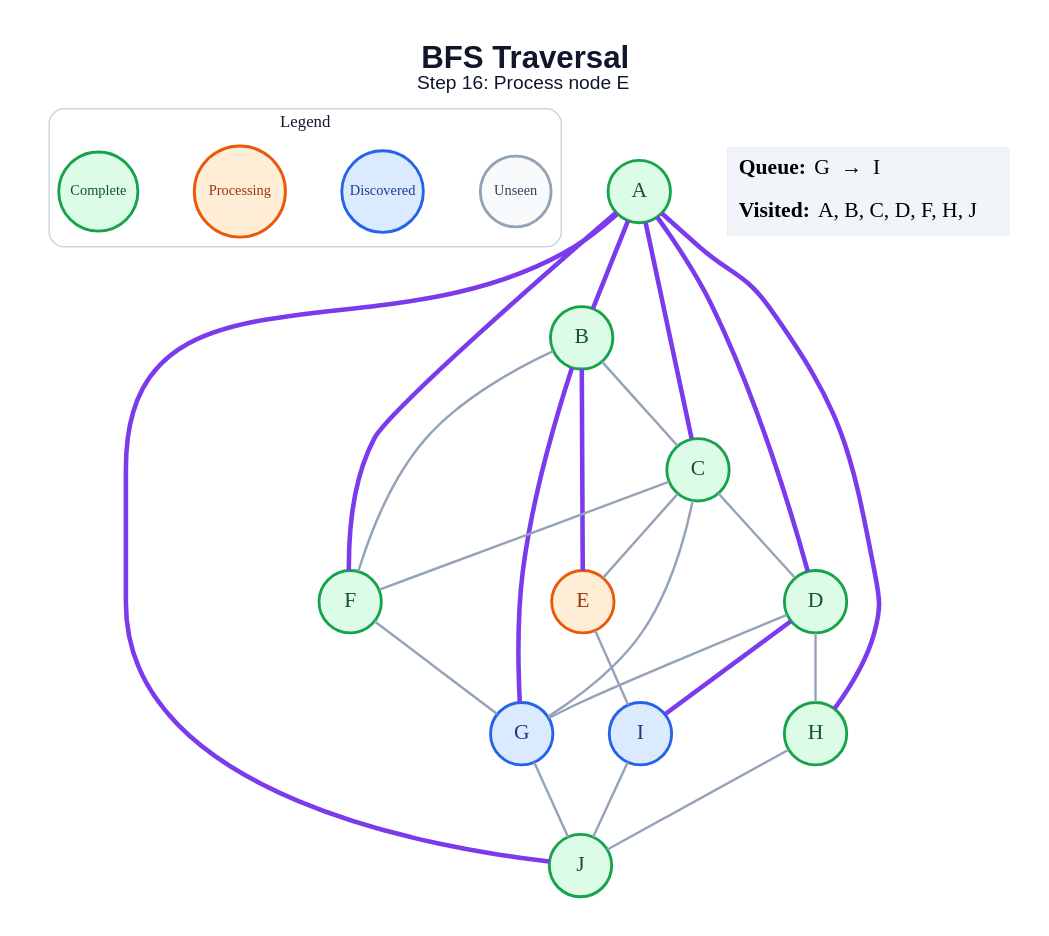
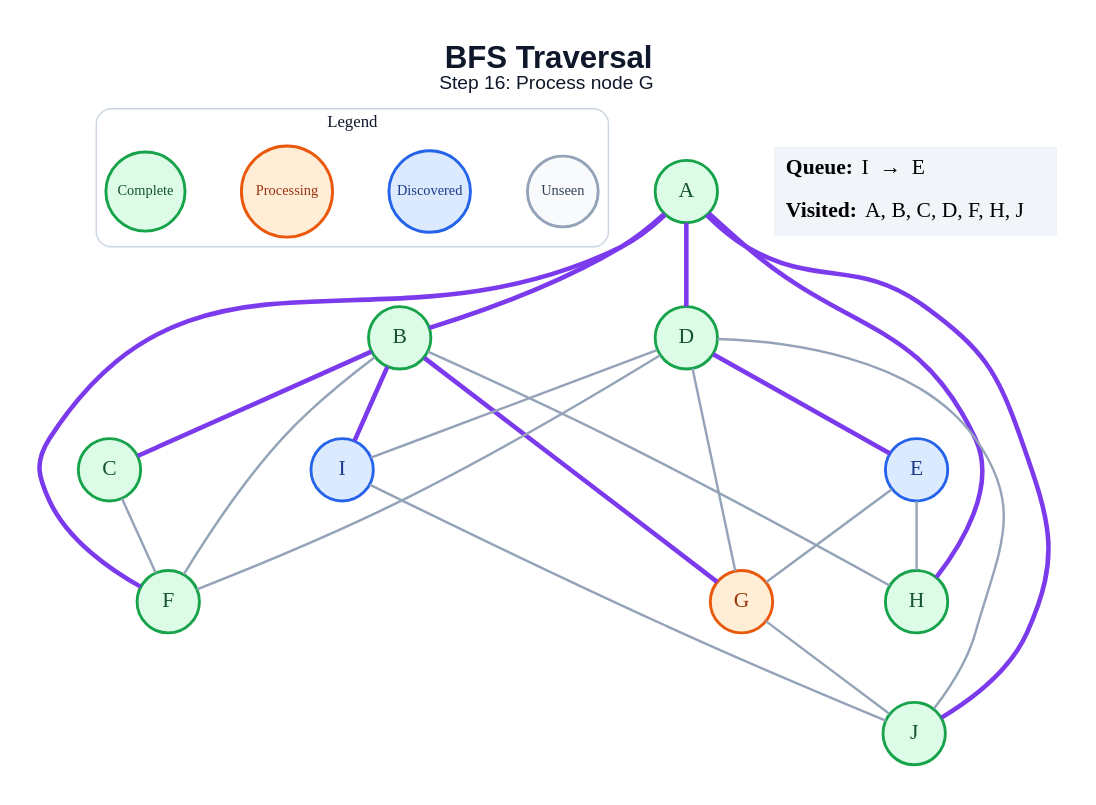
One commit to amanghodawala9/ai-slop changed the diagram in generated/bfs/step_16.dot. Above: the diagram before and after it, drawn with Graphviz. The commit also changed 178 other files, not shown here.

```diff
--- a/generated/bfs/step_16.dot
+++ b/generated/bfs/step_16.dot
@@ -1,51 +1,49 @@
 graph traversal {
   graph [layout=dot, rankdir=TB, bgcolor="#FFFFFF", pad="0.35", nodesep="0.65", ranksep="0.8", fontname="Arial"];
   node [shape=circle, style="filled", fontname="Arial Bold", fontsize=18, width=0.72, fixedsize=true, penwidth=2.4];
   edge [color="#94A3B8", penwidth=2.0];
-  label=<<B>BFS Traversal</B><BR/><FONT POINT-SIZE="16">Step 16: Process node E</FONT>>; labelloc="t"; fontsize=26; fontname="Arial"; fontcolor="#0F172A";
+  label=<<B>BFS Traversal</B><BR/><FONT POINT-SIZE="16">Step 16: Process node G</FONT>>; labelloc="t"; fontsize=26; fontname="Arial"; fontcolor="#0F172A";
   subgraph cluster_legend { label="Legend"; color="#CBD5E1"; penwidth=1.2; style="rounded"; fontsize=14; fontname="Arial Bold";
     key_unseen [label="Unseen", fillcolor="#F8FAFC", color="#94A3B8", fontcolor="#334155", fontsize=12, width=0.82];
     key_frontier [label="Discovered", fillcolor="#DBEAFE", color="#2563EB", fontcolor="#1E3A8A", fontsize=12, width=0.95];
     key_current [label="Processing", fillcolor="#FFEDD5", color="#EA580C", fontcolor="#9A3412", fontsize=12, width=1.05];
     key_done [label="Complete", fillcolor="#DCFCE7", color="#16A34A", fontcolor="#14532D", fontsize=12, width=0.92];
     { rank=same; key_unseen; key_frontier; key_current; key_done; }
   }
   A [fillcolor="#DCFCE7", color="#16A34A", fontcolor="#14532D"];
   B [fillcolor="#DCFCE7", color="#16A34A", fontcolor="#14532D"];
   C [fillcolor="#DCFCE7", color="#16A34A", fontcolor="#14532D"];
   D [fillcolor="#DCFCE7", color="#16A34A", fontcolor="#14532D"];
-  E [fillcolor="#FFEDD5", color="#EA580C", fontcolor="#9A3412"];
+  E [fillcolor="#DBEAFE", color="#2563EB", fontcolor="#1E3A8A"];
   F [fillcolor="#DCFCE7", color="#16A34A", fontcolor="#14532D"];
-  G [fillcolor="#DBEAFE", color="#2563EB", fontcolor="#1E3A8A"];
+  G [fillcolor="#FFEDD5", color="#EA580C", fontcolor="#9A3412"];
   H [fillcolor="#DCFCE7", color="#16A34A", fontcolor="#14532D"];
   I [fillcolor="#DBEAFE", color="#2563EB", fontcolor="#1E3A8A"];
   J [fillcolor="#DCFCE7", color="#16A34A", fontcolor="#14532D"];
   A -- B [color="#7C3AED", penwidth=3.8];
-  A -- C [color="#7C3AED", penwidth=3.8];
   A -- D [color="#7C3AED", penwidth=3.8];
   A -- F [color="#7C3AED", penwidth=3.8];
   A -- H [color="#7C3AED", penwidth=3.8];
   A -- J [color="#7C3AED", penwidth=3.8];
-  B -- C;
-  B -- E [color="#7C3AED", penwidth=3.8];
+  B -- C [color="#7C3AED", penwidth=3.8];
   B -- F;
   B -- G [color="#7C3AED", penwidth=3.8];
-  C -- D;
-  C -- E;
+  B -- H;
+  B -- I [color="#7C3AED", penwidth=3.8];
   C -- F;
-  C -- G;
+  D -- E [color="#7C3AED", penwidth=3.8];
+  D -- F;
   D -- G;
-  D -- H;
-  D -- I [color="#7C3AED", penwidth=3.8];
-  E -- I;
-  F -- G;
+  D -- I;
+  D -- J;
+  E -- G;
+  E -- H;
   G -- J;
-  H -- J;
   I -- J;
   status [shape=plain, fixedsize=false, width=0, height=0, margin=0, label=<
     <TABLE BORDER="0" CELLBORDER="0" CELLPADDING="7" BGCOLOR="#F1F5F9">
-      <TR><TD ALIGN="LEFT"><B>Queue:</B> G  →  I</TD></TR>
+      <TR><TD ALIGN="LEFT"><B>Queue:</B> I  →  E</TD></TR>
       <TR><TD ALIGN="LEFT"><B>Visited:</B> A, B, C, D, F, H, J</TD></TR>
     </TABLE>
   >];
 }
```
